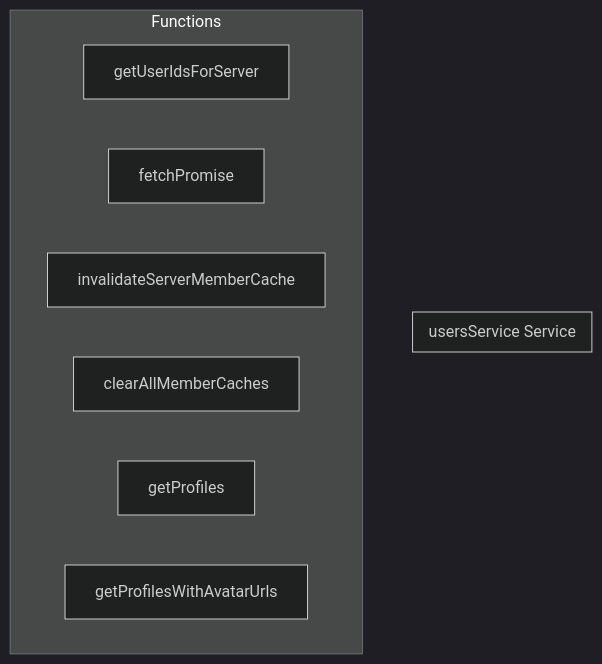
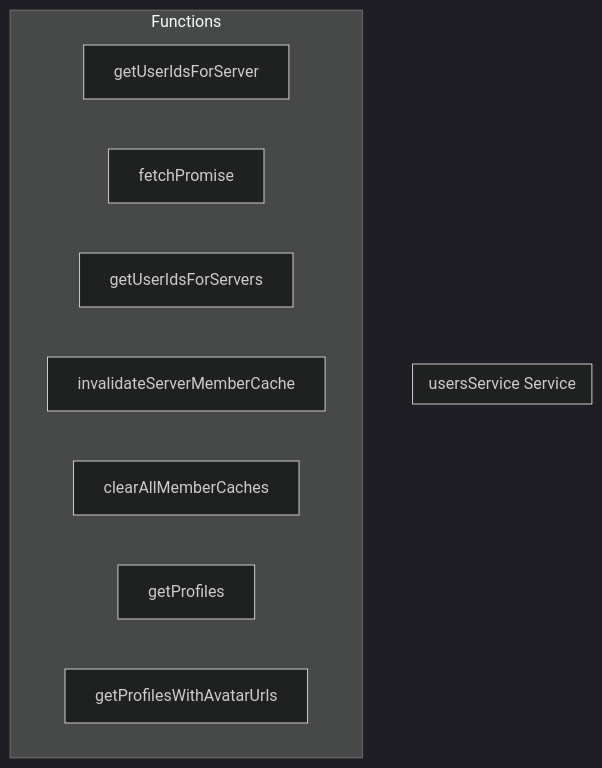
The diagram in docs/api/services/usersservice.md (y4my4my4m/harmony), drawn with Mermaid (dark theme) before and after one commit. The commit also changed other lines of this file and 77 other files, not shown here.

````diff
--- a/docs/api/services/usersservice.md
+++ b/docs/api/services/usersservice.md
@@ -7,14 +7,15 @@
 ```mermaid
 graph TB
     subgraph "usersService Service"
     end
     
     subgraph "Functions"
         FN_GETUSERIDSFORSERVER[getUserIdsForServer]
         FN_FETCHPROMISE[fetchPromise]
+        FN_GETUSERIDSFORSERVERS[getUserIdsForServers]
         FN_INVALIDATESERVERMEMBERCACHE[invalidateServerMemberCache]
         FN_CLEARALLMEMBERCACHES[clearAllMemberCaches]
         FN_GETPROFILES[getProfiles]
         FN_GETPROFILESWITHAVATARURLS[getProfilesWithAvatarUrls]
     end
 ```
````
